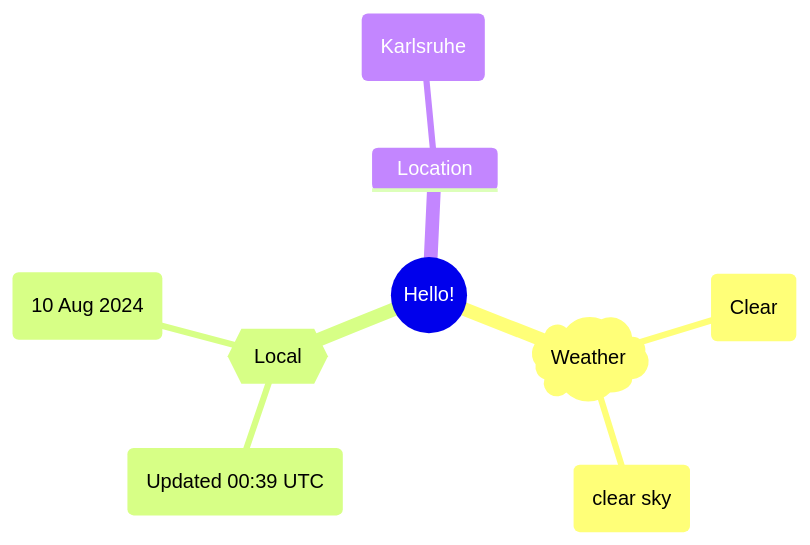
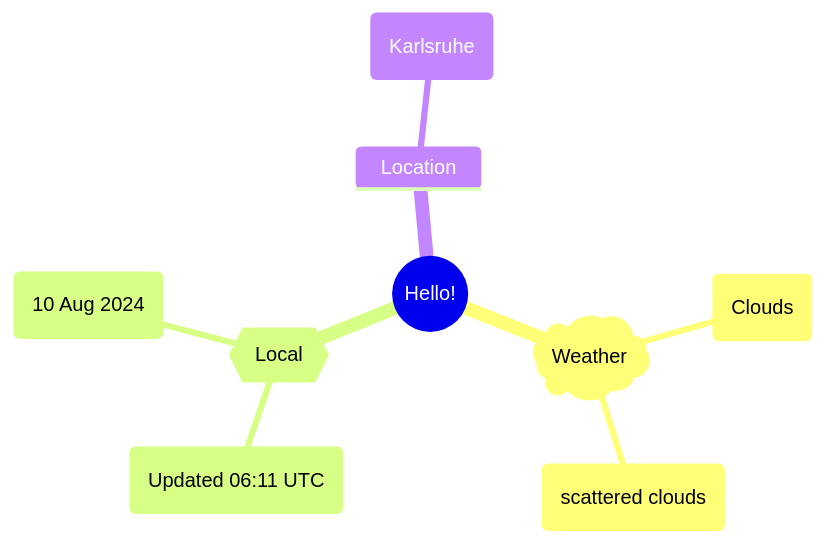
Before and after one commit to Xosrov/Xosrov: the first of 2 diagrams in README.md, drawn with Mermaid.

Commit message:
[bot] updated images

````diff
--- a/README.md
+++ b/README.md
@@ -3,12 +3,12 @@
 ```mermaid
 mindmap
   root((Hello!))
     )Weather(
-        (Clear)
-        (clear sky)
+        (Clouds)
+        (scattered clouds)
     {{Local}}
-        (Updated 00:39 UTC)
+        (Updated 06:11 UTC)
         (10 Aug 2024)
     Location
         (Karlsruhe)
 ```
````
